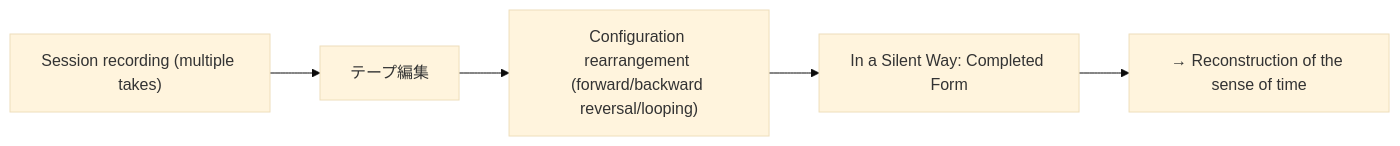
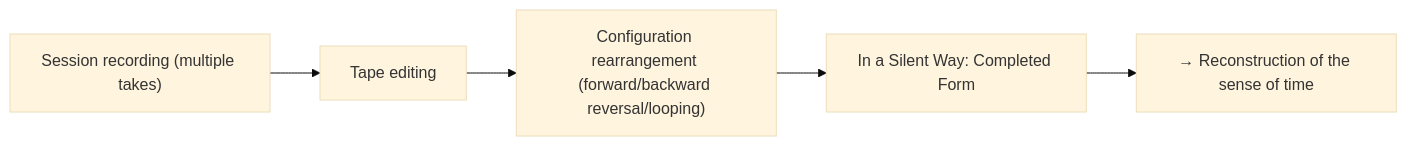
One commit to monumental-movement/monumental-movement.github.io changed the first of 12 diagrams in en/_posts/2025-10-28-column-macero-miles.md. Above: the diagram before and after it, drawn with Mermaid (base theme). The commit also changed other lines of this file and 851 other files, not shown here.

```diff
--- a/en/_posts/2025-10-28-column-macero-miles.md
+++ b/en/_posts/2025-10-28-column-macero-miles.md
@@ -67,10 +67,10 @@
 <div class="mermaid">
 
 flowchart LR
-    A["Session recording (multiple takes)"] --> B["テープ編集"]
+    A["Session recording (multiple takes)"] --> B["Tape editing"]
     B --> C["Configuration rearrangement (forward/backward reversal/looping)"]
     C --> D["In a Silent Way: Completed Form"]
     D --> E["→ Reconstruction of the sense of time"]
 
 
 </div>
```
